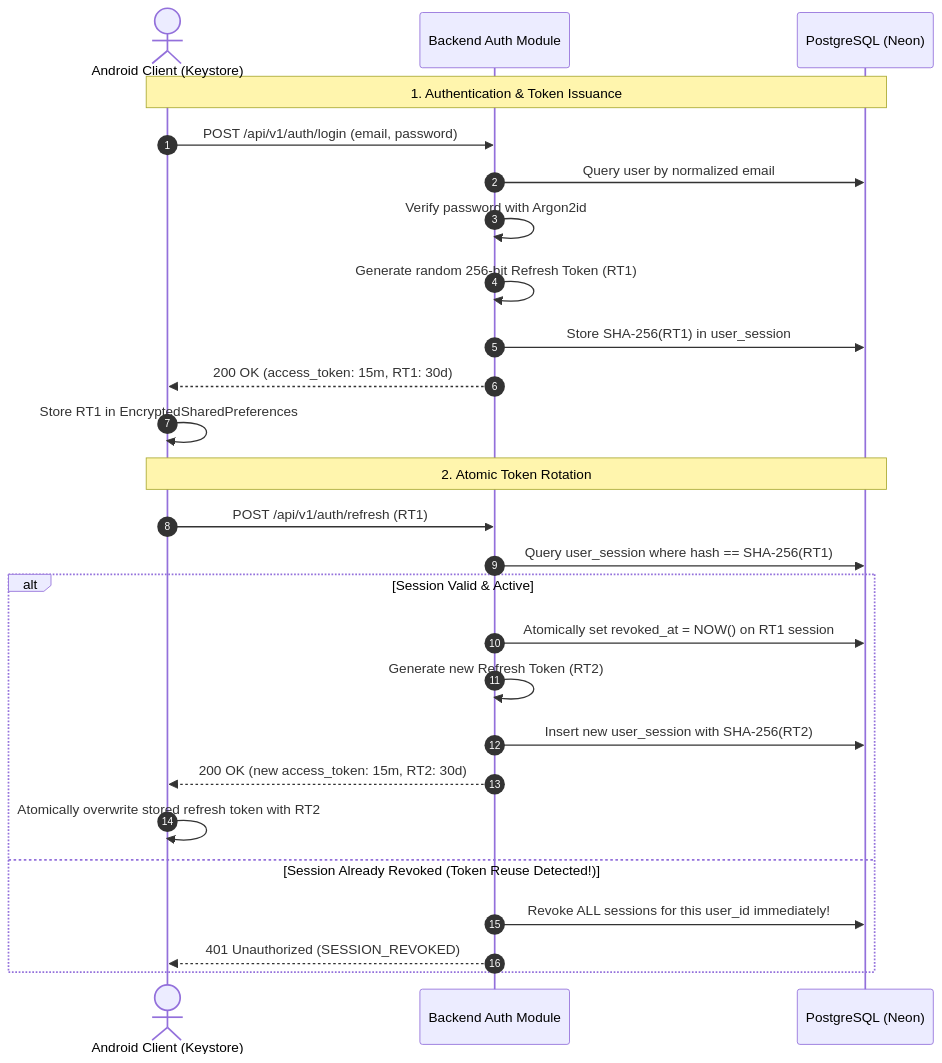
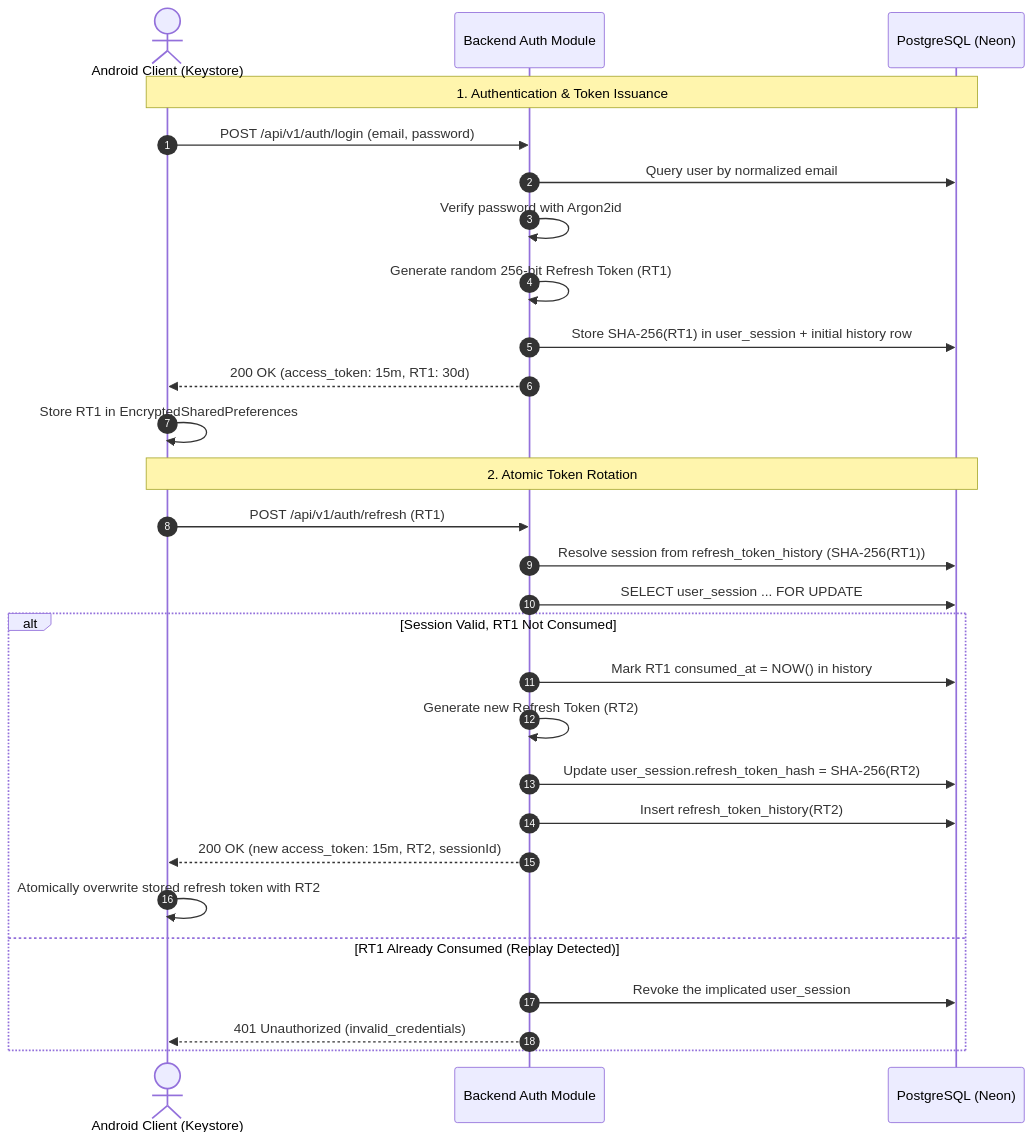
One commit to Bryan1805a/MIRA changed the second of 3 diagrams in docs/06-security-and-privacy.md. Above: the diagram before and after it, drawn with Mermaid. The commit also changed other lines of this file and 14 other files, not shown here.

````diff
--- a/docs/06-security-and-privacy.md
+++ b/docs/06-security-and-privacy.md
@@ -80,30 +81,32 @@
 ```mermaid
 sequenceDiagram
     autonumber
     actor Client as Android Client (Keystore)
     participant API as Backend Auth Module
     participant DB as PostgreSQL (Neon)
 
     Note over Client, DB: 1. Authentication & Token Issuance
     Client->>API: POST /api/v1/auth/login (email, password)
     API->>DB: Query user by normalized email
     API->>API: Verify password with Argon2id
     API->>API: Generate random 256-bit Refresh Token (RT1)
-    API->>DB: Store SHA-256(RT1) in user_session
+    API->>DB: Store SHA-256(RT1) in user_session + initial history row
     API-->>Client: 200 OK (access_token: 15m, RT1: 30d)
     Client->>Client: Store RT1 in EncryptedSharedPreferences
 
     Note over Client, DB: 2. Atomic Token Rotation
     Client->>API: POST /api/v1/auth/refresh (RT1)
-    API->>DB: Query user_session where hash == SHA-256(RT1)
-    alt Session Valid & Active
-        API->>DB: Atomically set revoked_at = NOW() on RT1 session
+    API->>DB: Resolve session from refresh_token_history (SHA-256(RT1))
+    API->>DB: SELECT user_session ... FOR UPDATE
+    alt Session Valid, RT1 Not Consumed
+        API->>DB: Mark RT1 consumed_at = NOW() in history
         API->>API: Generate new Refresh Token (RT2)
-        API->>DB: Insert new user_session with SHA-256(RT2)
-        API-->>Client: 200 OK (new access_token: 15m, RT2: 30d)
+        API->>DB: Update user_session.refresh_token_hash = SHA-256(RT2)
+        API->>DB: Insert refresh_token_history(RT2)
+        API-->>Client: 200 OK (new access_token: 15m, RT2, sessionId)
         Client->>Client: Atomically overwrite stored refresh token with RT2
-    else Session Already Revoked (Token Reuse Detected!)
-        API->>DB: Revoke ALL sessions for this user_id immediately!
-        API-->>Client: 401 Unauthorized (SESSION_REVOKED)
+    else RT1 Already Consumed (Replay Detected)
+        API->>DB: Revoke the implicated user_session
+        API-->>Client: 401 Unauthorized (invalid_credentials)
     end
 ```
````
